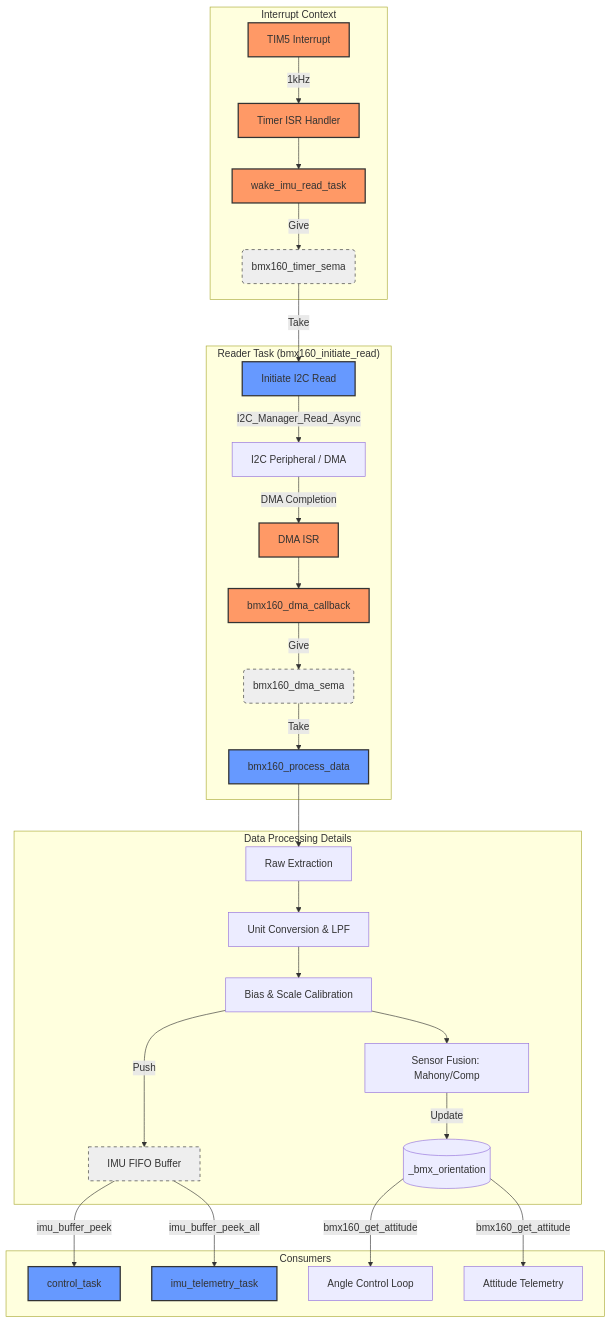
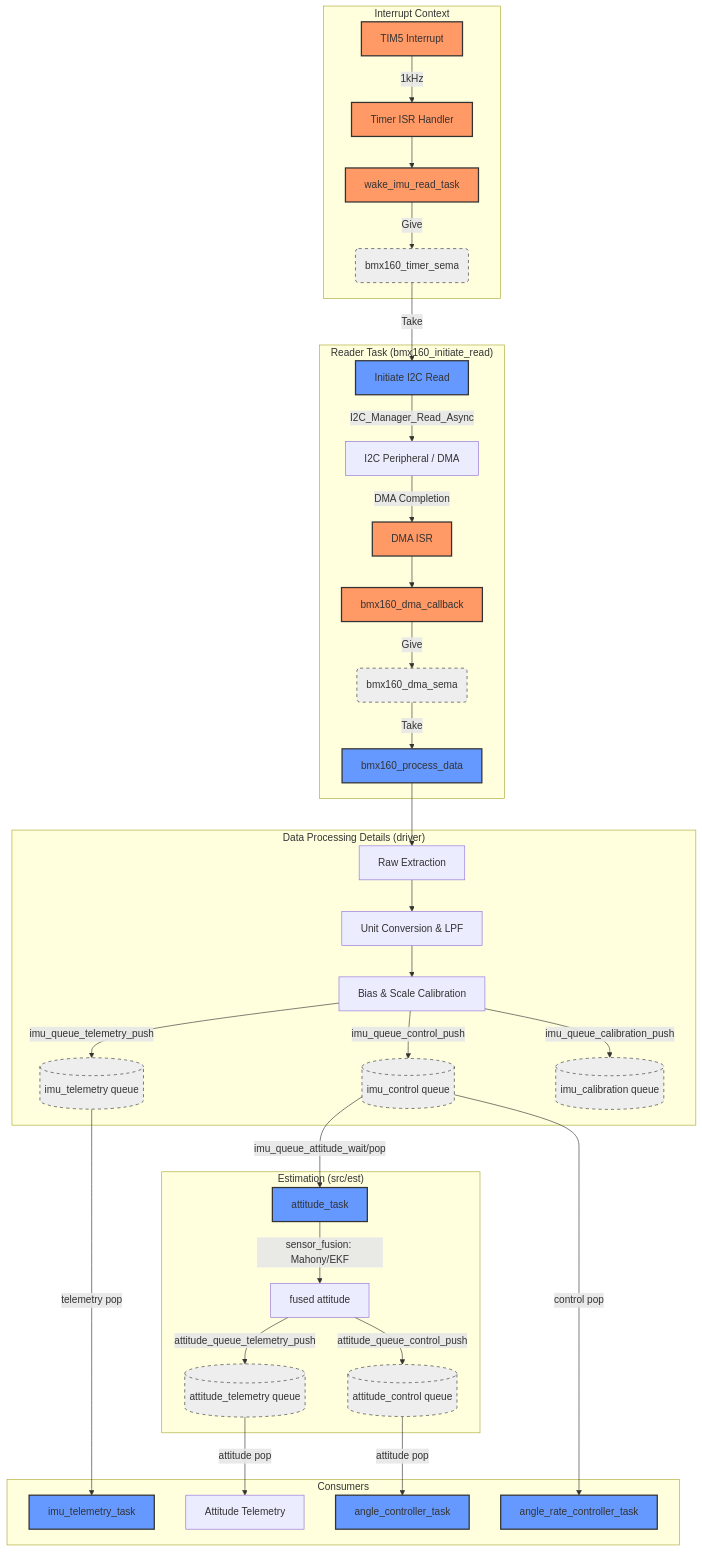
Before and after one commit to ragnar-vallhala/vayu: the diagram in docs/analysis/pipeline_overview.md, drawn with Mermaid. The commit also changed other lines of this file and 44 other files, not shown here.

````diff
--- a/docs/analysis/pipeline_overview.md
+++ b/docs/analysis/pipeline_overview.md
@@ -9,40 +18,47 @@
 ```mermaid
 graph TD
     subgraph "Interrupt Context"
         TIM5[TIM5 Interrupt] -->|"1kHz"| ISR[Timer ISR Handler]
         ISR --> CB[wake_imu_read_task]
         CB -->|"Give"| semaTimer(bmx160_timer_sema)
     end
 
     subgraph "Reader Task (bmx160_initiate_read)"
         semaTimer -->|"Take"| TaskInit[Initiate I2C Read]
         TaskInit -->|"I2C_Manager_Read_Async"| I2C[I2C Peripheral / DMA]
         I2C -->|"DMA Completion"| DMA_ISR[DMA ISR]
         DMA_ISR --> DMA_CB[bmx160_dma_callback]
         DMA_CB -->|"Give"| semaDMA(bmx160_dma_sema)
         semaDMA -->|"Take"| Process[bmx160_process_data]
     end
 
-    subgraph "Data Processing Details"
+    subgraph "Data Processing Details (driver)"
         Process --> RAW[Raw Extraction]
         RAW --> CONV[Unit Conversion & LPF]
         CONV --> CALIB[Bias & Scale Calibration]
-        CALIB --> FUSION[Sensor Fusion: Mahony/Comp]
-        FUSION -->|"Update"| Orient[(_bmx_orientation)]
-        CALIB -->|"Push"| FIFO[IMU FIFO Buffer]
+        CALIB -->|"imu_queue_telemetry_push"| QT[(imu_telemetry queue)]
+        CALIB -->|"imu_queue_control_push"| QC[(imu_control queue)]
+        CALIB -->|"imu_queue_calibration_push"| QK[(imu_calibration queue)]
+    end
+
+    subgraph "Estimation (src/est)"
+        QC -->|"imu_queue_attitude_wait/pop"| ATT[attitude_task]
+        ATT -->|"sensor_fusion: Mahony/EKF"| FUSE[fused attitude]
+        FUSE -->|"attitude_queue_telemetry_push"| AQT[(attitude_telemetry queue)]
+        FUSE -->|"attitude_queue_control_push"| AQC[(attitude_control queue)]
     end
 
     subgraph "Consumers"
-        FIFO -->|"imu_buffer_peek"| Control[control_task]
-        FIFO -->|"imu_buffer_peek_all"| Telemetry[imu_telemetry_task]
-        Orient -->|"bmx160_get_attitude"| ControlAngle[Angle Control Loop]
-        Orient -->|"bmx160_get_attitude"| TelemetryAtt[Attitude Telemetry]
+        QC -->|"control pop"| RateLoop[angle_rate_controller_task]
+        AQC -->|"attitude pop"| AngleLoop[angle_controller_task]
+        QT -->|"telemetry pop"| Telemetry[imu_telemetry_task]
+        AQT -->|"attitude pop"| TelemetryAtt[Attitude Telemetry]
     end
 
     classDef isr fill:#f96,stroke:#333,stroke-width:2px;
     classDef task fill:#69f,stroke:#333,stroke-width:2px;
     classDef sync fill:#eee,stroke:#333,stroke-dasharray: 5 5;
     class TIM5,ISR,CB,DMA_ISR,DMA_CB isr;
-    class TaskInit,Process,Control,Telemetry task;
-    class semaTimer,semaDMA,FIFO sync;
+    class TaskInit,Process,ATT,RateLoop,AngleLoop,Telemetry task;
+    class semaTimer,semaDMA,QT,QC,QK,AQT,AQC sync;
 ```
````
